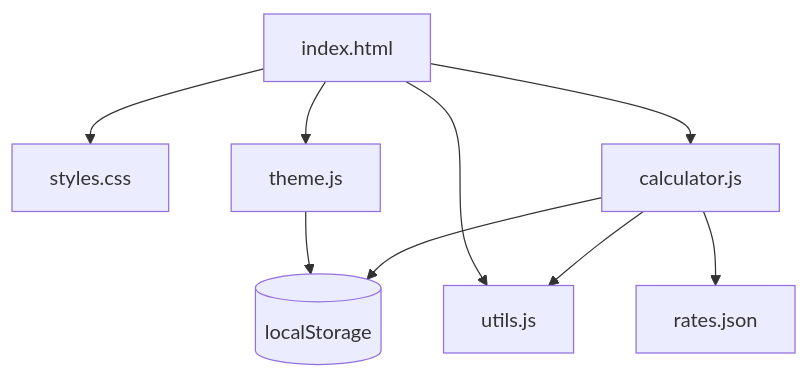
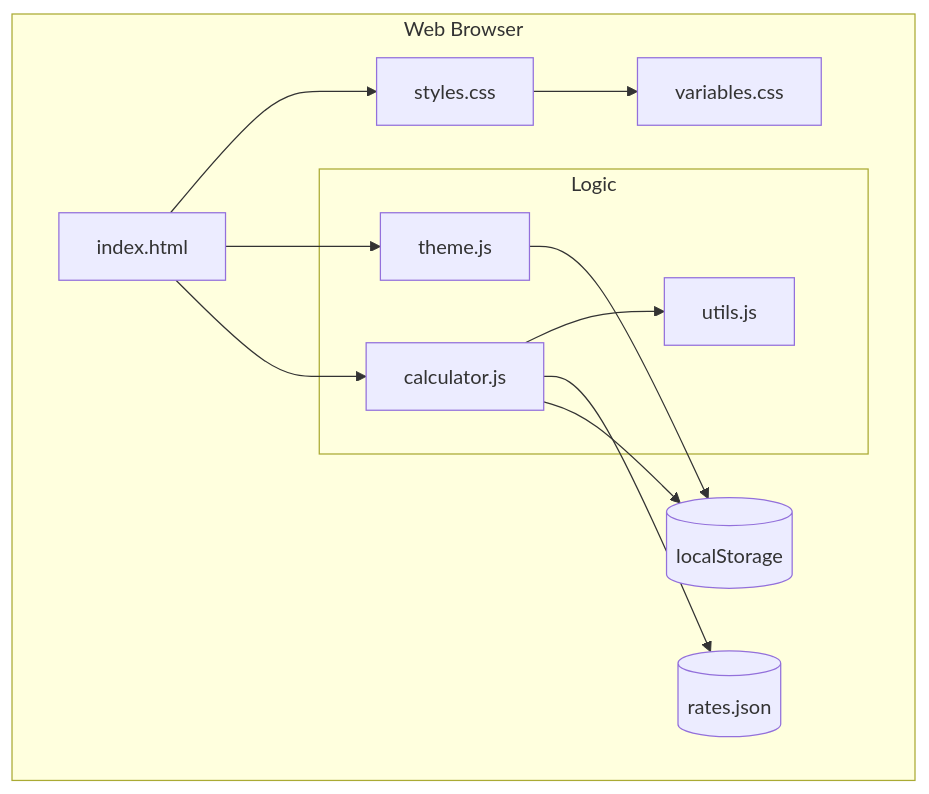
The diagram in README.md (hebra/shouhizei), drawn with Mermaid before and after one commit. The commit also changed other lines of this file, not shown here.

Commit message:
docs: update README.md with comprehensive documentation and correct license information

````diff
--- a/README.md
+++ b/README.md
@@ -53,11 +53,30 @@
 ```mermaid
+---
+config:
+  theme: default
+---
 graph TD
-    A[index.html] --> B[styles.css]
-    A --> C[theme.js]
-    A --> D[utils.js]
-    A --> E[calculator.js]
-    E --> F[rates.json]
-    E --> D
-    C --> G[(localStorage)]
-    E --> G
+    subgraph Frontend [Web Browser]
+        UI[index.html]
+        Style[styles.css]
+        Variables[variables.css]
+        
+        subgraph Scripts [Logic]
+            Theme[theme.js]
+            Calc[calculator.js]
+            Utils[utils.js]
+        end
+        
+        Data[(rates.json)]
+        Store[(localStorage)]
+    end
+
+    UI --> Style
+    Style --> Variables
+    UI --> Theme
+    UI --> Calc
+    Calc --> Utils
+    Calc --> Data
+    Calc --> Store
+    Theme --> Store
 ```
````
